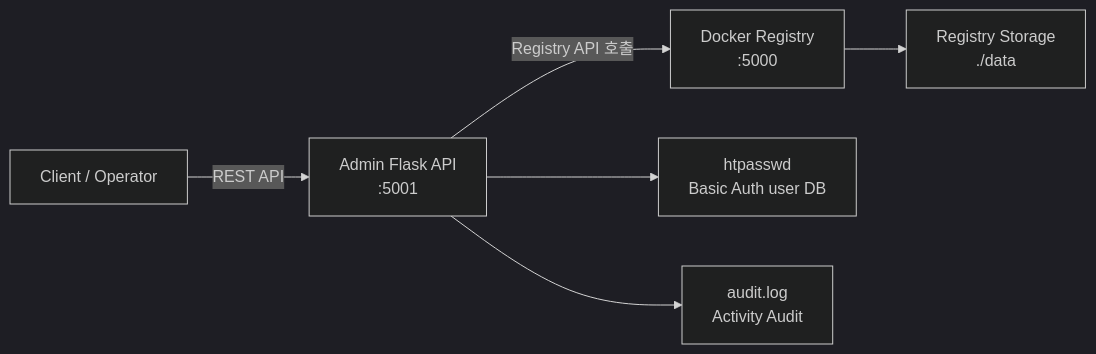
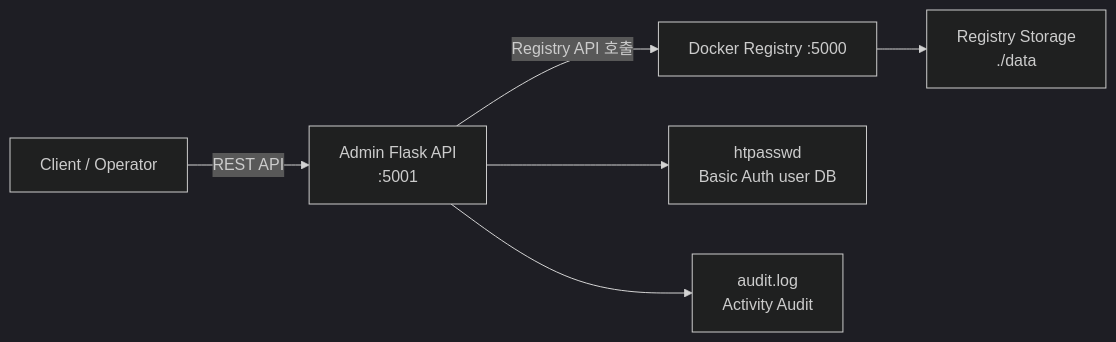
The diagram in README.md (yejin1029/Docker-Registry-Manager), drawn with Mermaid (dark theme) before and after one commit.

````diff
--- a/README.md
+++ b/README.md
@@ -21,8 +21,8 @@
 ```mermaid
 flowchart LR
   C[Client / Operator] -->|REST API| A[Admin Flask API \n :5001]
-  A -->|Registry API 호출| R[Docker Registry \n :5000]
+  A -->|Registry API 호출| R[Docker Registry <br\> :5000]
   A --> H[htpasswd \n Basic Auth user DB]
   A --> L[audit.log \n Activity Audit]
   R --> D[Registry Storage \n ./data]
 ```
````
